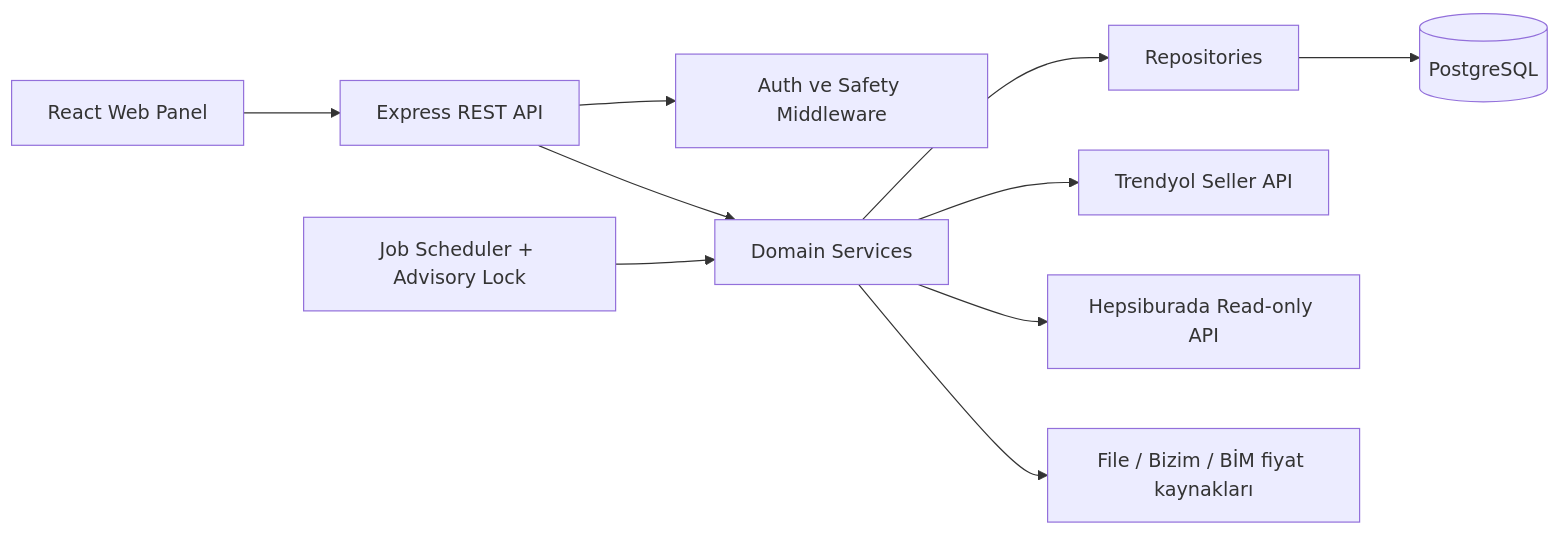
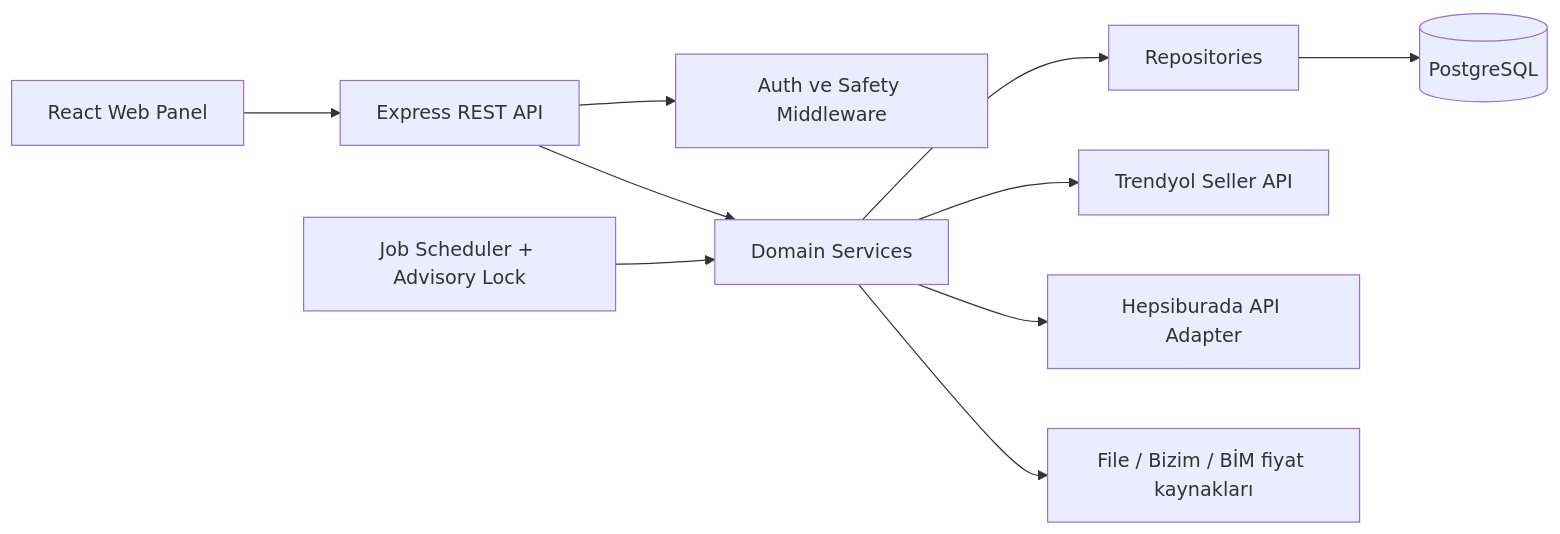
One commit to aslamacigross/aslamaci-repricer changed the first of 3 diagrams in ARCHITECTURE.md. Above: the diagram before and after it, drawn with Mermaid. The commit also changed other lines of this file and 47 other files, not shown here.

````diff
--- a/ARCHITECTURE.md
+++ b/ARCHITECTURE.md
@@ -5,12 +5,12 @@
 ```mermaid
 flowchart LR
   UI[React Web Panel] --> API[Express REST API]
   API --> AUTH[Auth ve Safety Middleware]
   API --> SERVICES[Domain Services]
   SERVICES --> REPOS[Repositories]
   REPOS --> DB[(PostgreSQL)]
   SERVICES --> TY[Trendyol Seller API]
-  SERVICES --> HB[Hepsiburada Read-only API]
+  SERVICES --> HB[Hepsiburada API Adapter]
   SERVICES --> SUPPLIERS[File / Bizim / BİM fiyat kaynakları]
   JOBS[Job Scheduler + Advisory Lock] --> SERVICES
 ```
````
